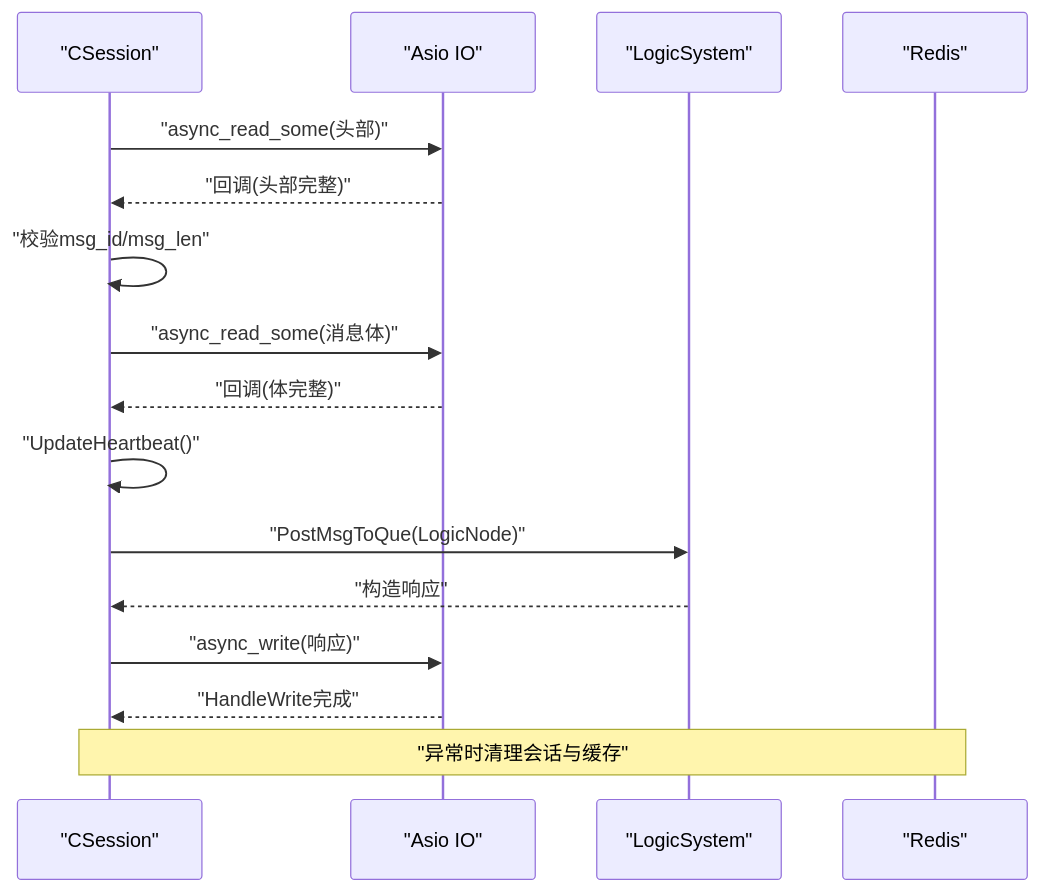
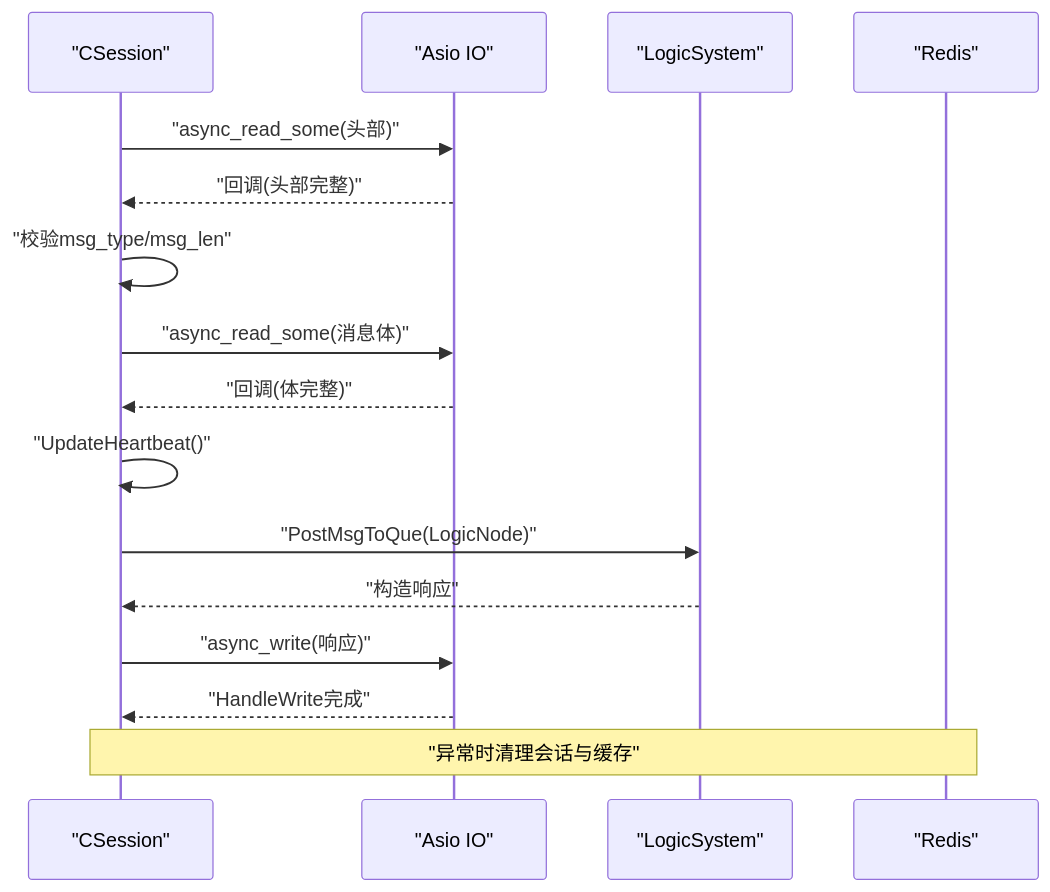
Before and after one commit to echo9923/mychatter: the fifth of 6 diagrams in .qoder/repowiki/zh/content/故障排查/网络连接问题.md, drawn with Mermaid. The commit also changed other lines of this file and 128 other files, not shown here.

First line of the commit message:
refactor(protocol): TCP 帧头消息类型 msg_id 全局改名为 msg_type

````diff
--- a/.qoder/repowiki/zh/content/故障排查/网络连接问题.md
+++ b/.qoder/repowiki/zh/content/故障排查/网络连接问题.md
@@ -194,18 +194,18 @@
 ```mermaid
 sequenceDiagram
 participant S as "CSession"
 participant IO as "Asio IO"
 participant L as "LogicSystem"
 participant R as "Redis"
 S->>IO : "async_read_some(头部)"
 IO-->>S : "回调(头部完整)"
-S->>S : "校验msg_id/msg_len"
+S->>S : "校验msg_type/msg_len"
 S->>IO : "async_read_some(消息体)"
 IO-->>S : "回调(体完整)"
 S->>S : "UpdateHeartbeat()"
 S->>L : "PostMsgToQue(LogicNode)"
 L-->>S : "构造响应"
 S->>IO : "async_write(响应)"
 IO-->>S : "HandleWrite完成"
 Note over S,R : "异常时清理会话与缓存"
 ```
````
